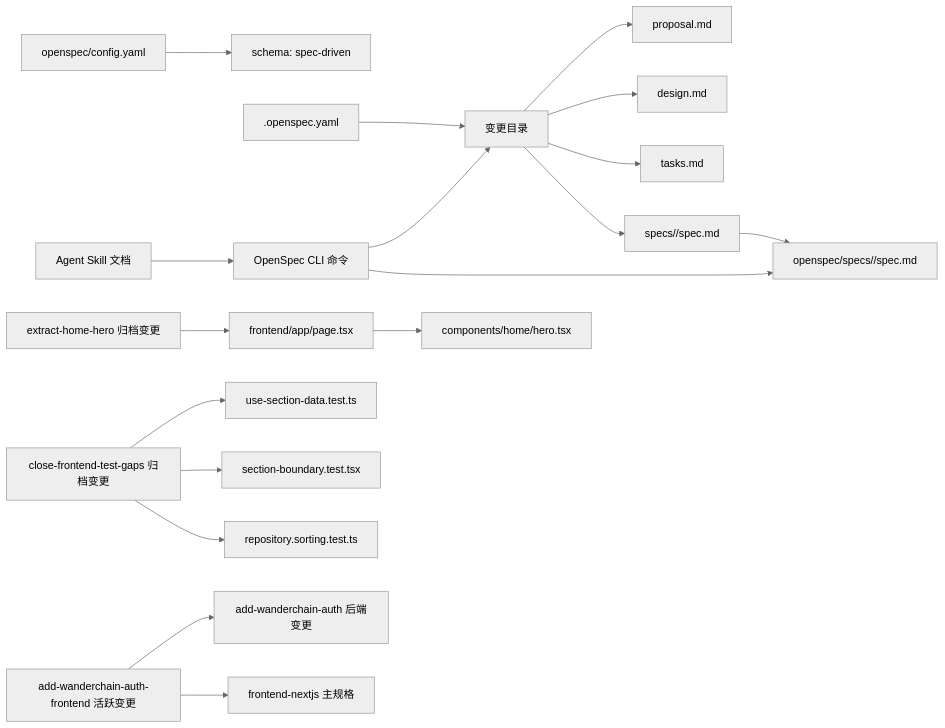
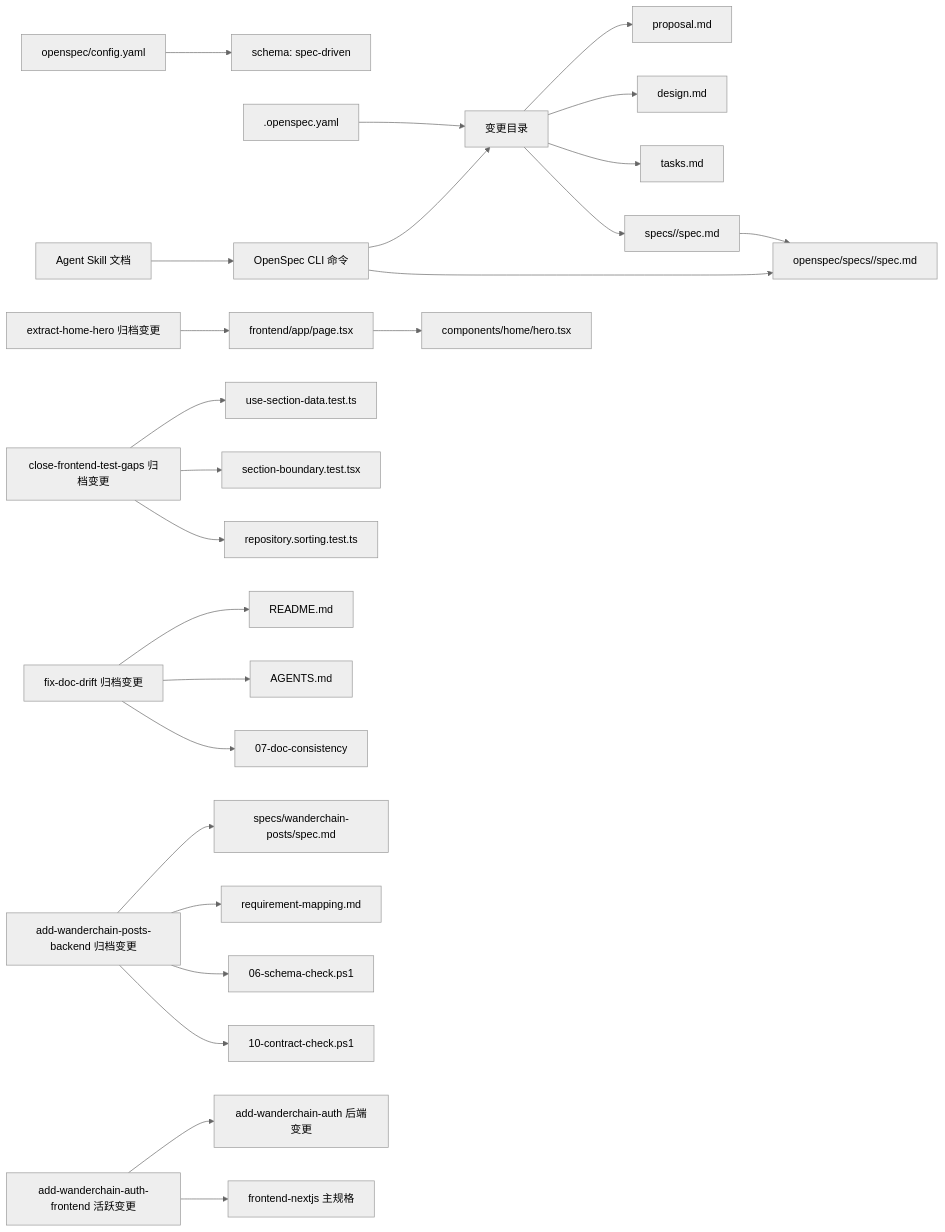
Before and after one commit to luyitiger6/my-first-project: diagram 13 of 13 in .qoder/repowiki/zh/content/规格驱动开发/OpenSpec 工具使用.md, drawn with Mermaid (neutral theme). The commit also changed other lines of this file and 54 other files, not shown here.

````diff
--- a/.qoder/repowiki/zh/content/规格驱动开发/OpenSpec 工具使用.md
+++ b/.qoder/repowiki/zh/content/规格驱动开发/OpenSpec 工具使用.md
@@ -449,20 +549,27 @@
 ```mermaid
 graph LR
 Config["openspec/config.yaml"] --> Schema["schema: spec-driven"]
 Meta[".openspec.yaml"] --> ChangeDir["变更目录"]
 ChangeDir --> Proposal["proposal.md"]
 ChangeDir --> Design["design.md"]
 ChangeDir --> Tasks["tasks.md"]
 ChangeDir --> Delta["specs/<capability>/spec.md"]
 Delta --> MainSpec["openspec/specs/<capability>/spec.md"]
 Skills["Agent Skill 文档"] --> CLI["OpenSpec CLI 命令"]
 CLI --> ChangeDir
 CLI --> MainSpec
 ExtractHero["extract-home-hero 归档变更"] --> FrontendPage["frontend/app/page.tsx"]
 FrontendPage --> HeroComponent["components/home/hero.tsx"]
 TestGaps["close-frontend-test-gaps 归档变更"] --> UseSectionData["use-section-data.test.ts"]
 TestGaps --> SectionBoundary["section-boundary.test.tsx"]
 TestGaps --> SortingTest["repository.sorting.test.ts"]
+DocDrift["fix-doc-drift 归档变更"] --> Readme["README.md"]
+DocDrift --> Agents["AGENTS.md"]
+DocDrift --> Gate07["07-doc-consistency"]
+PostsBackend["add-wanderchain-posts-backend 归档变更"] --> SpecDocs["specs/wanderchain-posts/spec.md"]
+PostsBackend --> ReqMapping["requirement-mapping.md"]
+PostsBackend --> SchemaCheck["06-schema-check.ps1"]
+PostsBackend --> ContractCheck["10-contract-check.ps1"]
 AuthFrontend["add-wanderchain-auth-frontend 活跃变更"] --> AuthBackend["add-wanderchain-auth 后端变更"]
 AuthFrontend --> FrontendSpec["frontend-nextjs 主规格"]
 ```
````
